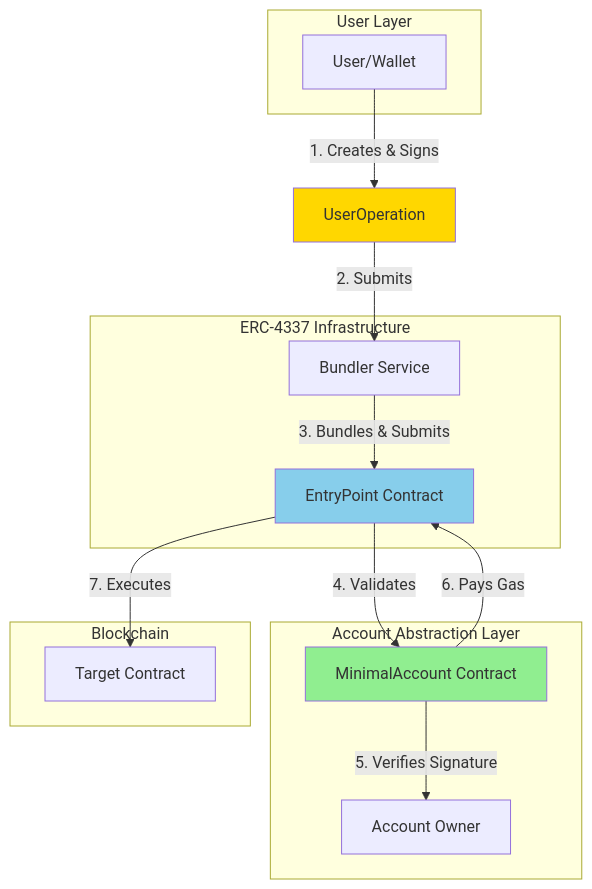
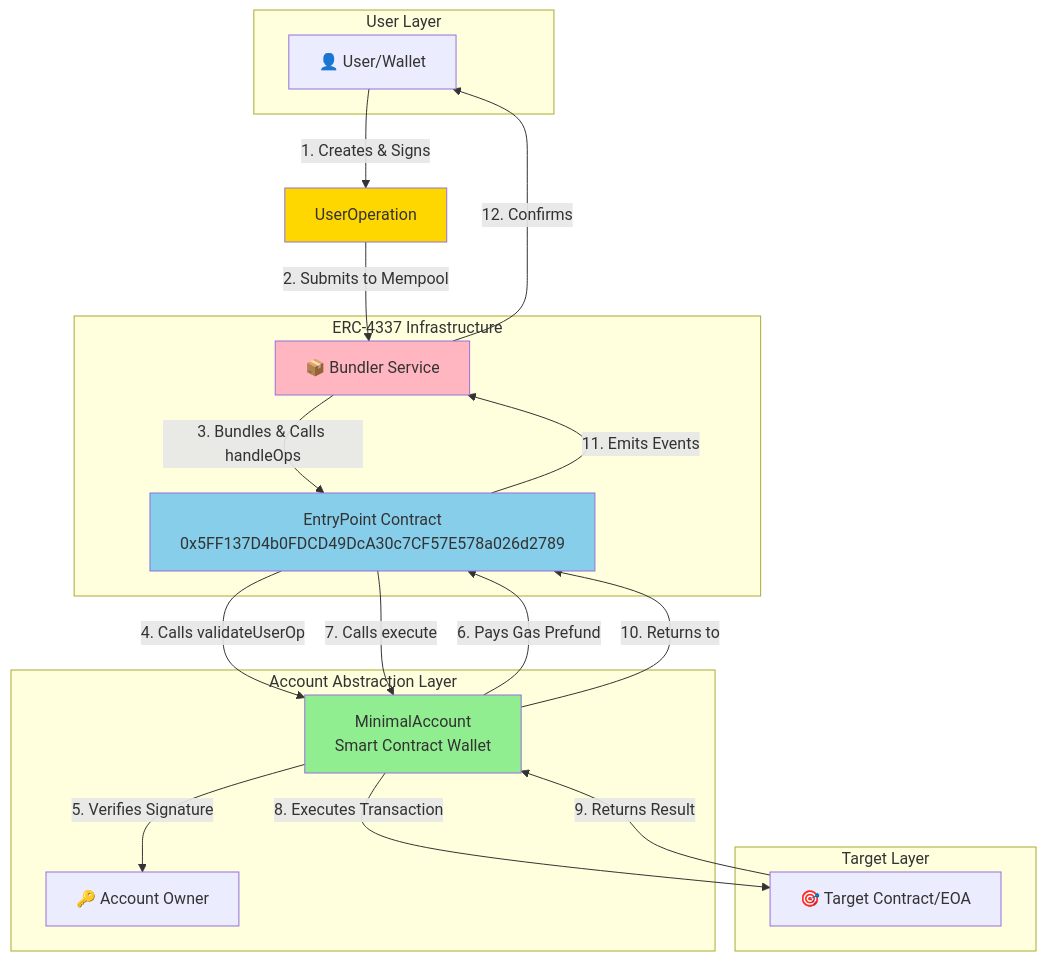
The first of 4 diagrams in README.md (VxxxxC/foundry-account-abstraction), drawn with Mermaid before and after one commit. The commit also changed other lines of this file, not shown here.

````diff
--- a/README.md
+++ b/README.md
@@ -30,32 +84,38 @@
 ```mermaid
 graph TB
     subgraph "User Layer"
-        User[User/Wallet]
+        User[👤 User/Wallet]
     end
     
     subgraph "Account Abstraction Layer"
-        MA[MinimalAccount Contract]
-        Owner[Account Owner]
+        MA[MinimalAccount<br/>Smart Contract Wallet]
+        Owner[🔑 Account Owner]
     end
     
     subgraph "ERC-4337 Infrastructure"
-        EP[EntryPoint Contract]
-        Bundler[Bundler Service]
+        EP[EntryPoint Contract<br/>0x5FF137D4b0FDCD49DcA30c7CF57E578a026d2789]
+        Bundler[📦 Bundler Service]
     end
     
-    subgraph "Blockchain"
-        Target[Target Contract]
+    subgraph "Target Layer"
+        Target[🎯 Target Contract/EOA]
     end
     
     User -->|1. Creates & Signs| UO[UserOperation]
-    UO -->|2. Submits| Bundler
-    Bundler -->|3. Bundles & Submits| EP
-    EP -->|4. Validates| MA
+    UO -->|2. Submits to Mempool| Bundler
+    Bundler -->|3. Bundles & Calls handleOps| EP
+    EP -->|4. Calls validateUserOp| MA
     MA -->|5. Verifies Signature| Owner
-    MA -->|6. Pays Gas| EP
-    EP -->|7. Executes| Target
+    MA -->|6. Pays Gas Prefund| EP
+    EP -->|7. Calls execute| MA
+    MA -->|8. Executes Transaction| Target
+    Target -->|9. Returns Result| MA
+    MA -->|10. Returns to| EP
+    EP -->|11. Emits Events| Bundler
+    Bundler -->|12. Confirms| User
     
     style MA fill:#90EE90
     style EP fill:#87CEEB
     style UO fill:#FFD700
+    style Bundler fill:#FFB6C1
 ```
````
